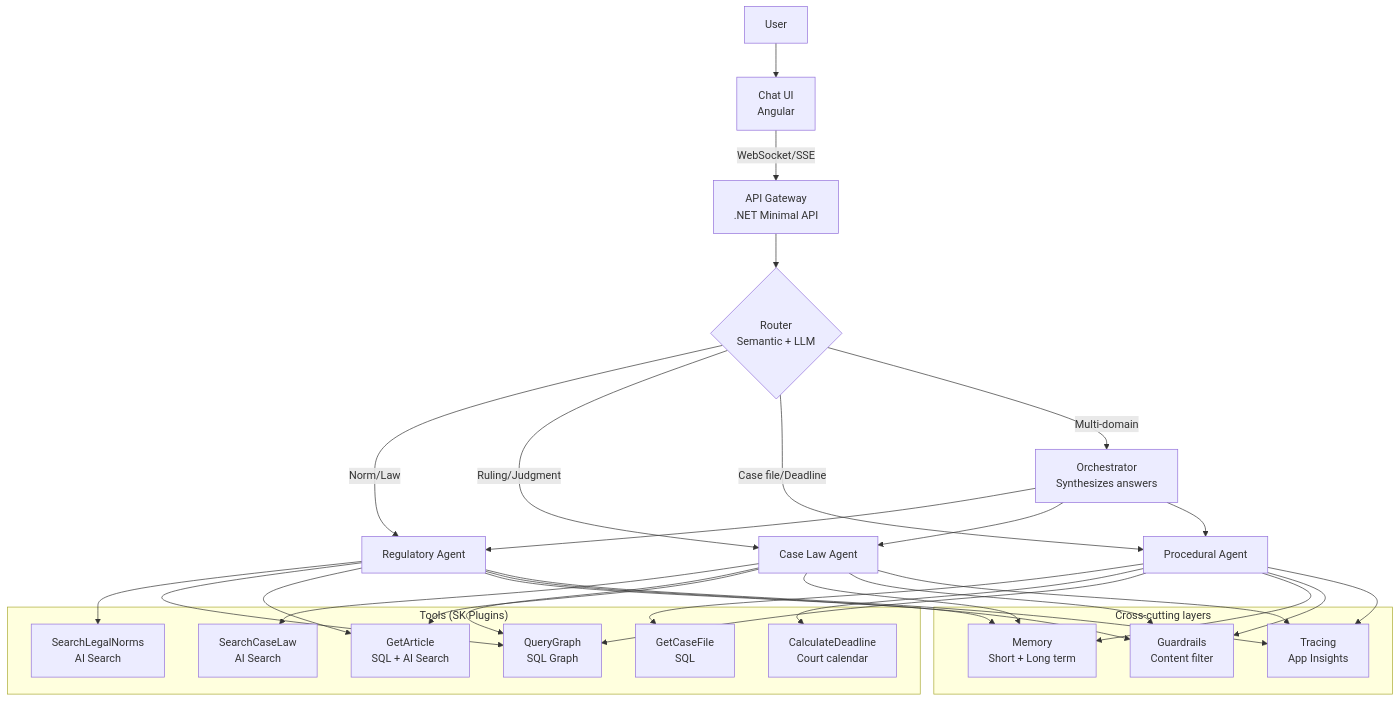
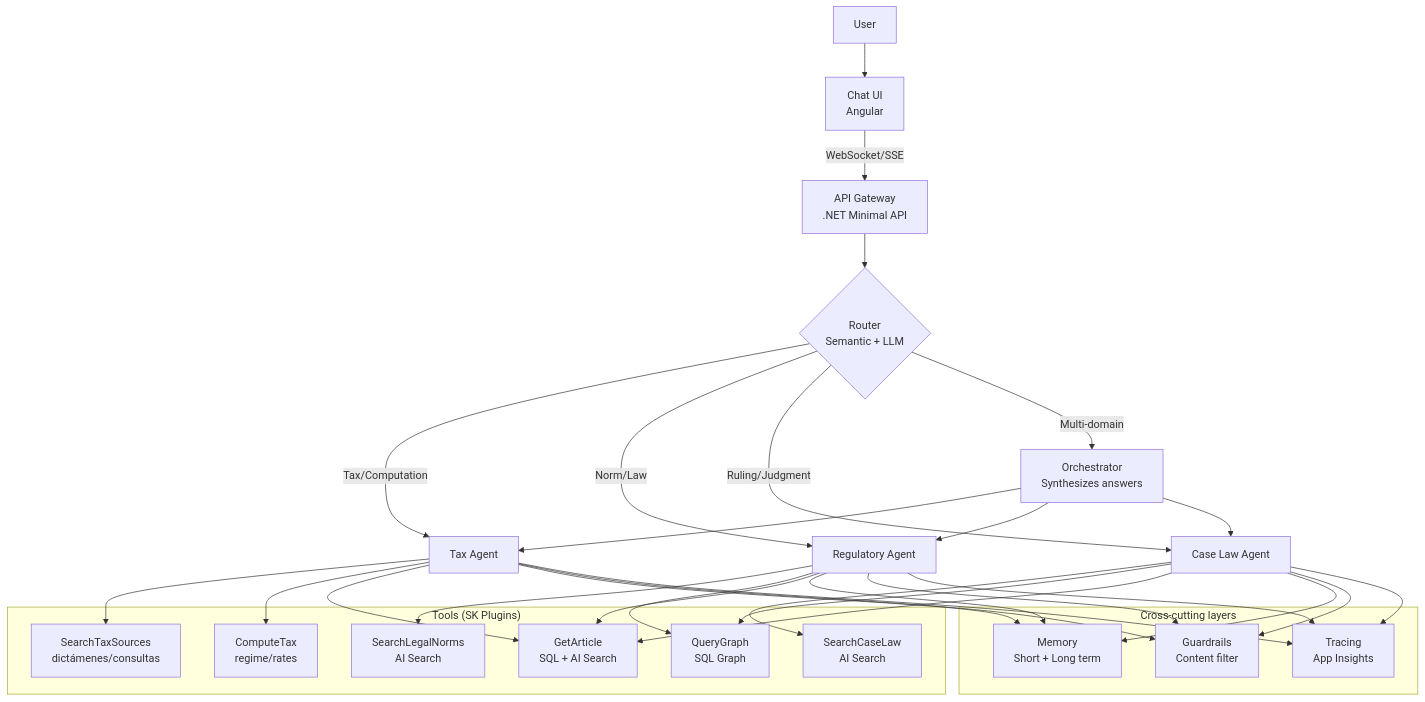
Before and after one commit to pablonux/legal-ai-ar: the diagram in docs/technical/02-agentic-architecture.md, drawn with Mermaid. The commit also changed other lines of this file and 12 other files, not shown here.

First line of the commit message:
docs: align planning/config docs to PwC tax-legal roadmap

````diff
--- a/docs/technical/02-agentic-architecture.md
+++ b/docs/technical/02-agentic-architecture.md
@@ -76,36 +76,36 @@
 ```mermaid
 flowchart TB
     U[User] --> CHAT[Chat UI<br/>Angular]
     CHAT -->|WebSocket/SSE| API[API Gateway<br/>.NET Minimal API]
     API --> ROUTER{Router<br/>Semantic + LLM}
 
+    ROUTER -->|Tax/Computation| AT[Tax Agent]
     ROUTER -->|Norm/Law| AN[Regulatory Agent]
     ROUTER -->|Ruling/Judgment| AJ[Case Law Agent]
-    ROUTER -->|Case file/Deadline| AP[Procedural Agent]
     ROUTER -->|Multi-domain| ORCH[Orchestrator<br/>Synthesizes answers]
 
+    ORCH --> AT
     ORCH --> AN
     ORCH --> AJ
-    ORCH --> AP
 
     subgraph "Tools (SK Plugins)"
         T1[SearchLegalNorms<br/>AI Search]
         T2[SearchCaseLaw<br/>AI Search]
         T3[QueryGraph<br/>SQL Graph]
-        T4[GetCaseFile<br/>SQL]
-        T5[CalculateDeadline<br/>Court calendar]
+        T4[SearchTaxSources<br/>dictámenes/consultas]
+        T5[ComputeTax<br/>regime/rates]
         T6[GetArticle<br/>SQL + AI Search]
     end
 
+    AT --> T4 & T5 & T6
     AN --> T1 & T3 & T6
     AJ --> T2 & T3 & T6
-    AP --> T4 & T5 & T3
 
     subgraph "Cross-cutting layers"
         MEM[Memory<br/>Short + Long term]
         GUARD[Guardrails<br/>Content filter]
         TRACE[Tracing<br/>App Insights]
     end
 
-    AN & AJ & AP --> MEM & GUARD & TRACE
+    AT & AN & AJ --> MEM & GUARD & TRACE
 ```
````
